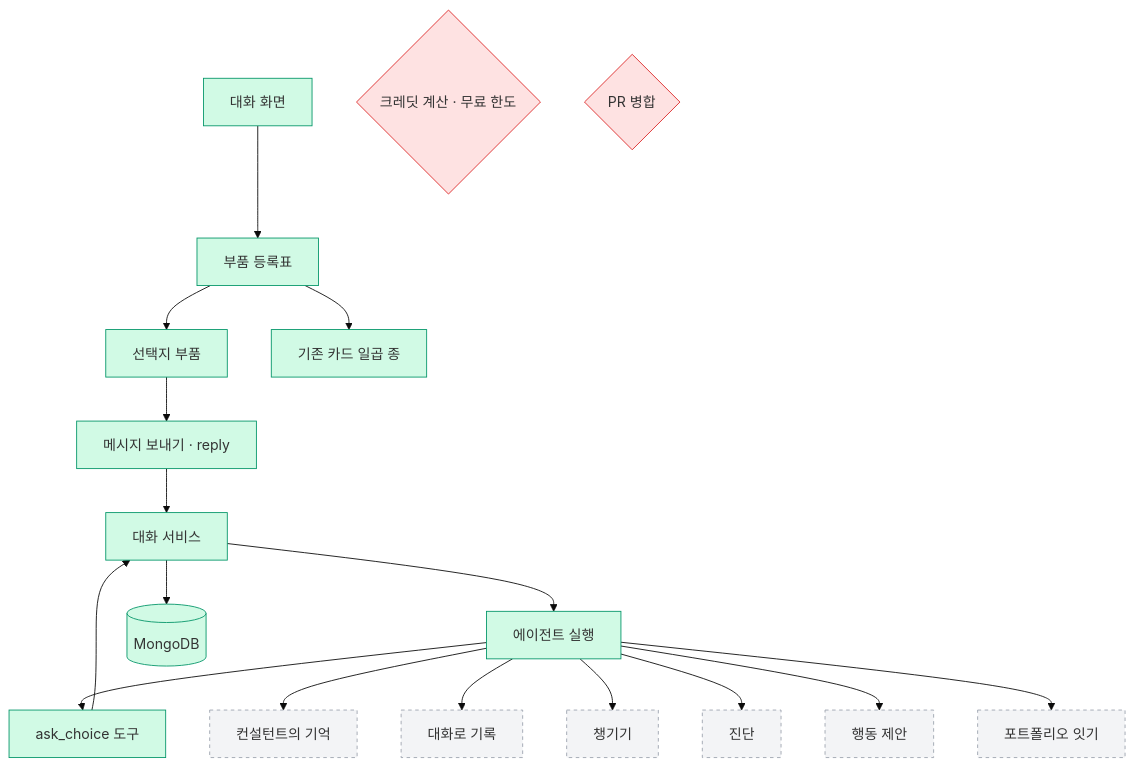
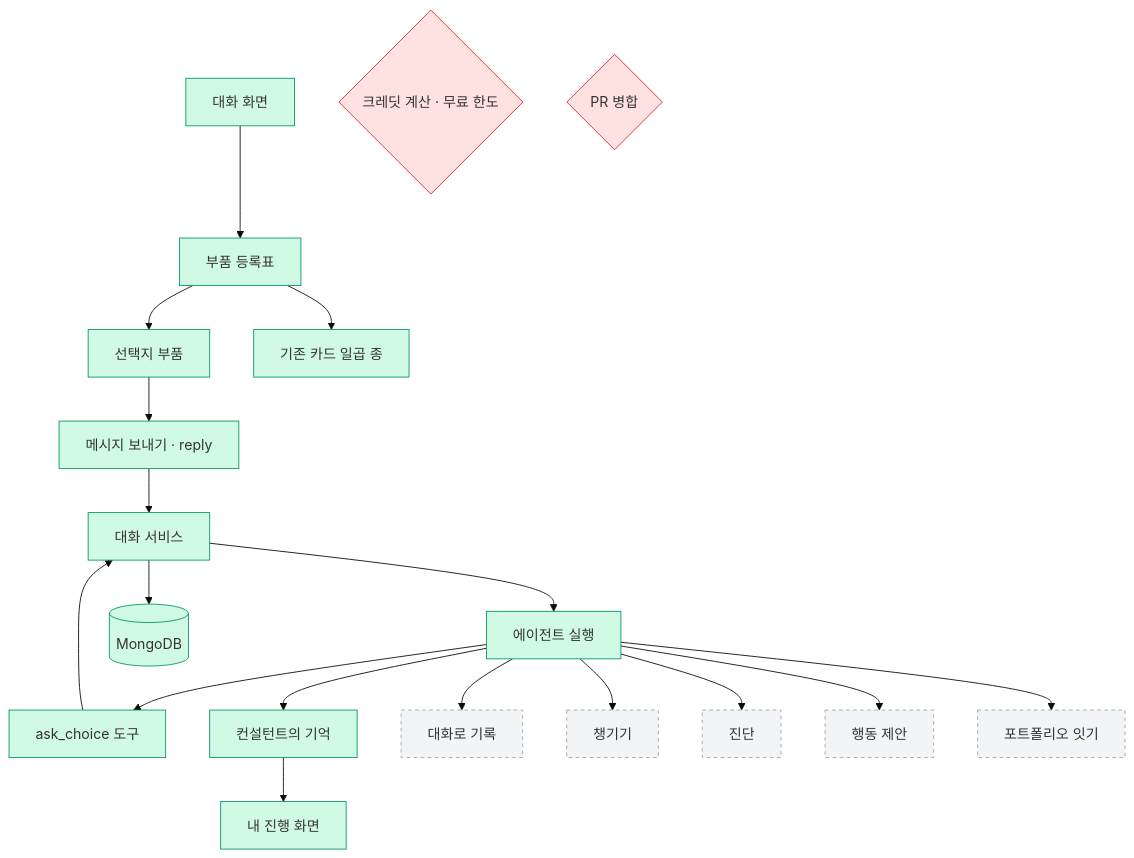
The diagram in .sitrep/sessions/20261120-0230-expresso-ai-consultant/arch.mmd (Expresso-Organization/expresso), drawn with Mermaid (base theme) before and after one commit. The commit also changed 14 other files, not shown here.

```diff
--- a/.sitrep/sessions/20261120-0230-expresso-ai-consultant/arch.mmd
+++ b/.sitrep/sessions/20261120-0230-expresso-ai-consultant/arch.mmd
@@ -1,25 +1,26 @@
 flowchart TD
   U[대화 화면] --> REG[부품 등록표]
   REG --> CH[선택지 부품]
   REG --> CARD[기존 카드 일곱 종]
   CH --> SEND[메시지 보내기 · reply]
   SEND --> SVC[대화 서비스]
   SVC --> RT[에이전트 실행]
   RT --> ASK[ask_choice 도구]
   ASK --> SVC
   RT --> MEM[컨설턴트의 기억]
   RT --> REC[대화로 기록]
   RT --> FU[챙기기]
   RT --> DG[진단]
   RT --> AC[행동 제안]
   RT --> PF[포트폴리오 잇기]
   SVC --> DB[(MongoDB)]
   CR{크레딧 계산 · 무료 한도}
   MG{PR 병합}
   classDef done fill:#d1fae5,stroke:#059669
   classDef doing fill:#fef3c7,stroke:#d97706
   classDef decide fill:#fee2e2,stroke:#dc2626
   classDef todo fill:#f3f4f6,stroke:#9ca3af,stroke-dasharray:4
-  class U,REG,CH,CARD,SEND,SVC,RT,ASK,DB done
-  class MEM,REC,FU,DG,AC,PF todo
+  MEM --> PROG[내 진행 화면]
+  class U,REG,CH,CARD,SEND,SVC,RT,ASK,DB,MEM,PROG done
+  class REC,FU,DG,AC,PF todo
   class CR,MG decide
```
